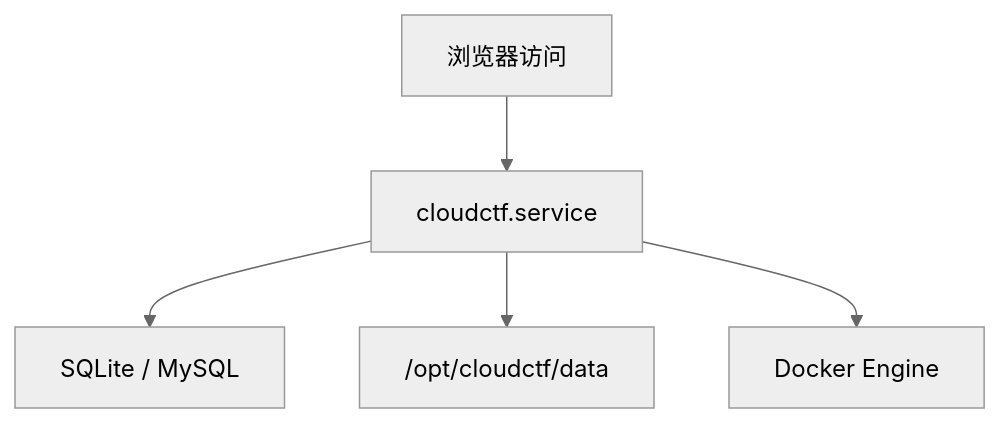
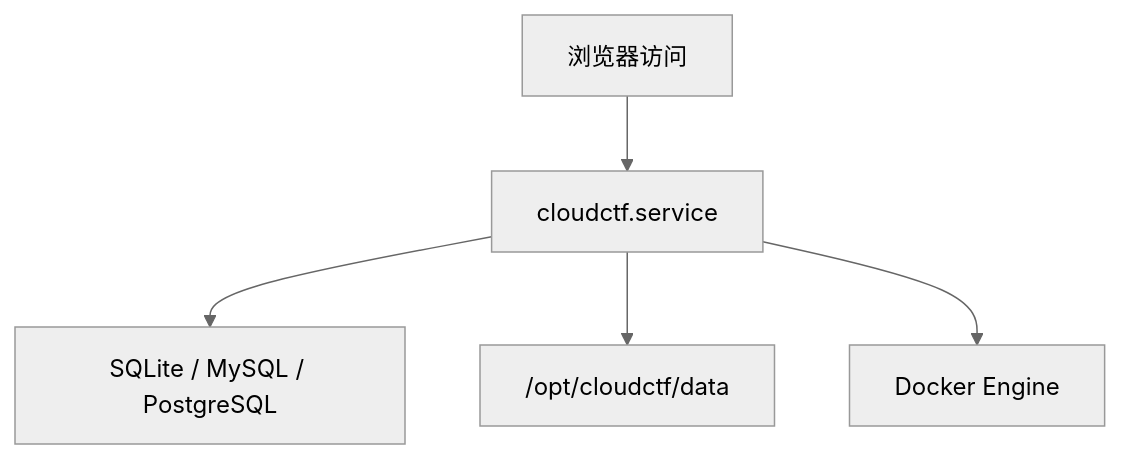
Before and after one commit to hexbay/CloudCTF: the second of 2 diagrams in docs/guide/architecture.md, drawn with Mermaid (neutral theme). The commit also changed other lines of this file and 25 other files, not shown here.

Commit message:
feat: support PostgreSQL and polish player UI

````diff
--- a/docs/guide/architecture.md
+++ b/docs/guide/architecture.md
@@ -96,7 +97,7 @@
 ```mermaid
 graph TB
   Client["浏览器访问"] --> Server["cloudctf.service"]
-  Server --> DB["SQLite / MySQL"]
+  Server --> DB["SQLite / MySQL / PostgreSQL"]
   Server --> Files["/opt/cloudctf/data"]
   Server --> Docker["Docker Engine"]
 ```
````
